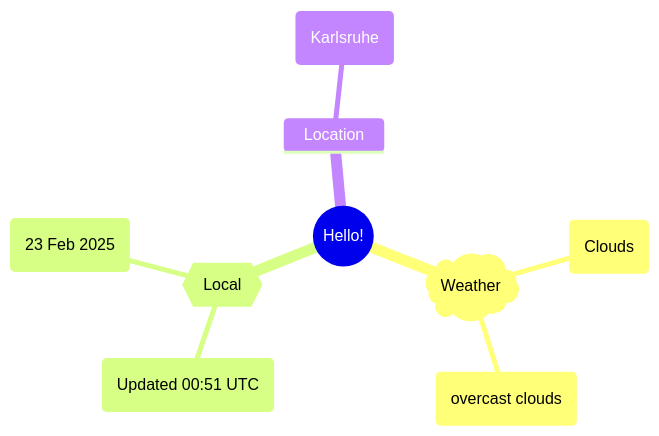
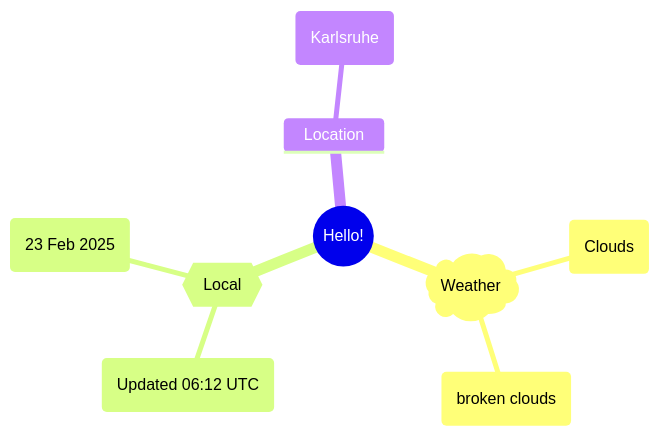
Before and after one commit to Xosrov/Xosrov: the first of 2 diagrams in README.md, drawn with Mermaid.

Commit message:
[bot] updated images

````diff
--- a/README.md
+++ b/README.md
@@ -3,12 +3,12 @@
 ```mermaid
 mindmap
   root((Hello!))
     )Weather(
         (Clouds)
-        (overcast clouds)
+        (broken clouds)
     {{Local}}
-        (Updated 00:51 UTC)
+        (Updated 06:12 UTC)
         (23 Feb 2025)
     Location
         (Karlsruhe)
 ```
````
